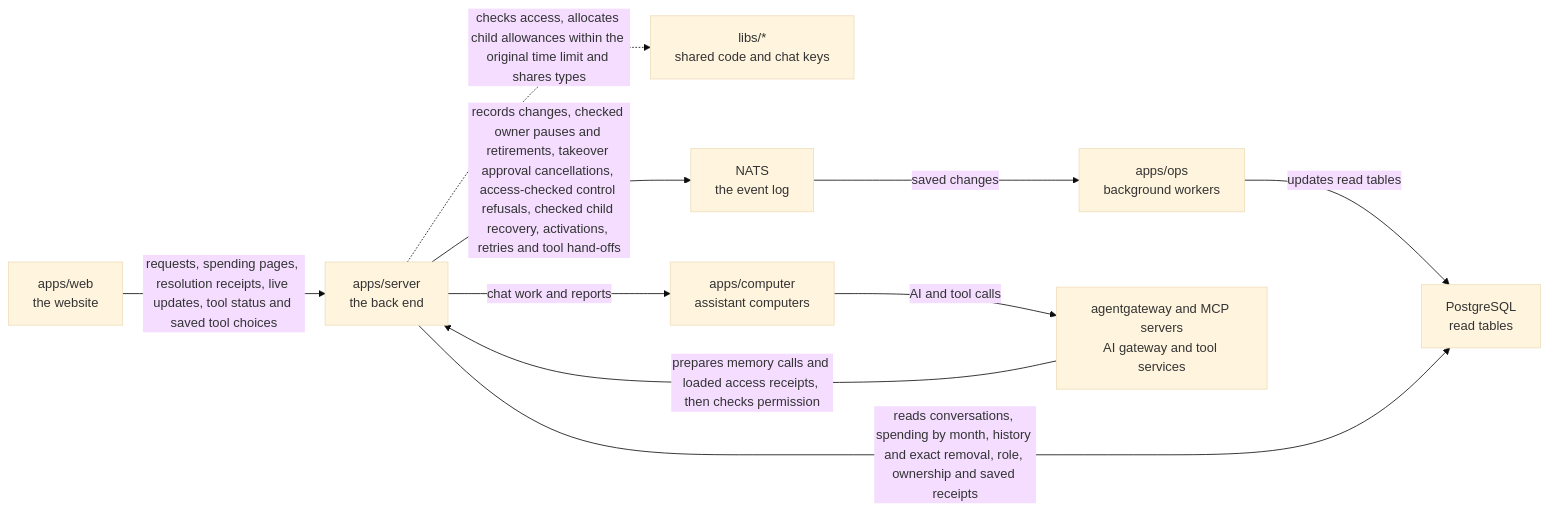
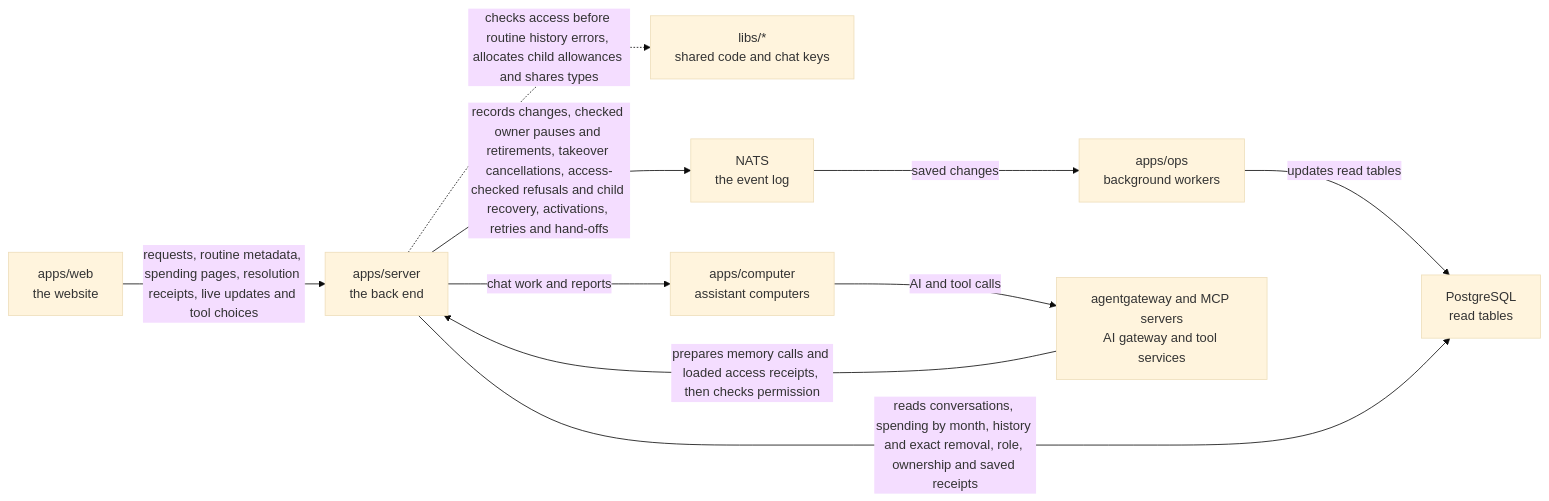
The diagram in apps/server/README.md (elewa-git/opencrane-new), drawn with Mermaid (base theme) before and after one commit. The commit also changed other lines of this file and 11 other files, not shown here.

````diff
--- a/apps/server/README.md
+++ b/apps/server/README.md
@@ -50,12 +50,12 @@
 ```mermaid
 flowchart LR
-  web["apps/web<br/>the website"] -->|requests, spending pages, resolution receipts, live updates, tool status and saved tool choices| server["apps/server<br/>the back end"]
-  server -.->|checks access, allocates child allowances within the original time limit and shares types| libs["libs/*<br/>shared code and chat keys"]
-  server -->|records changes, checked owner pauses and retirements, takeover approval cancellations, access-checked control refusals, checked child recovery, activations, retries and tool hand-offs| nats["NATS<br/>the event log"]
+  web["apps/web<br/>the website"] -->|requests, routine metadata, spending pages, resolution receipts, live updates and tool choices| server["apps/server<br/>the back end"]
+  server -.->|checks access before routine history errors, allocates child allowances and shares types| libs["libs/*<br/>shared code and chat keys"]
+  server -->|records changes, checked owner pauses and retirements, takeover cancellations, access-checked refusals and child recovery, activations, retries and hand-offs| nats["NATS<br/>the event log"]
   nats -->|saved changes| ops["apps/ops<br/>background workers"]
   ops -->|updates read tables| postgres["PostgreSQL<br/>read tables"]
   server -->|reads conversations, spending by month, history and exact removal, role, ownership and saved receipts| postgres
   server -->|chat work and reports| computer["apps/computer<br/>assistant computers"]
   computer -->|AI and tool calls| runtime["agentgateway and MCP servers<br/>AI gateway and tool services"]
   runtime -->|prepares memory calls and loaded access receipts, then checks permission| server
 ```
````
